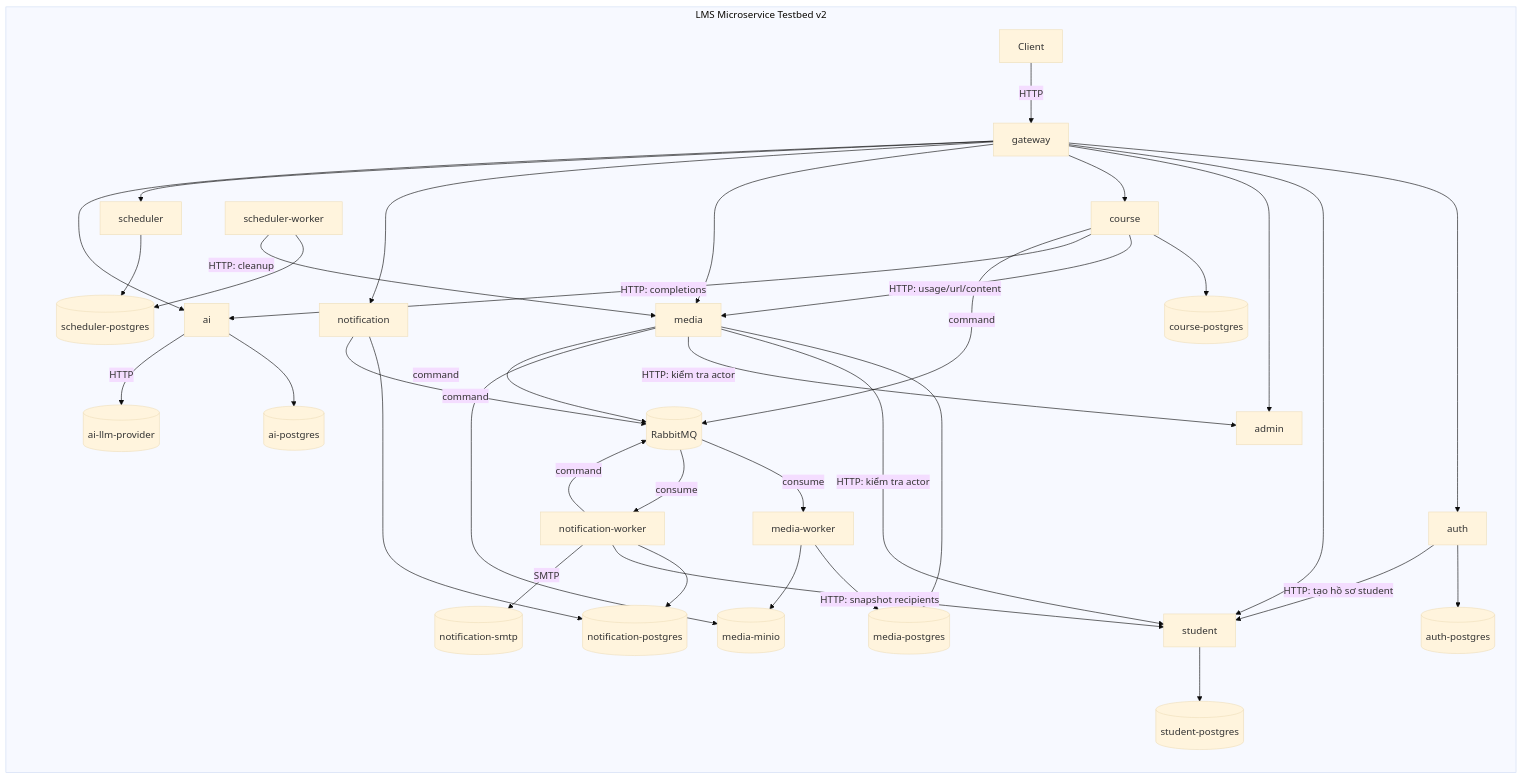
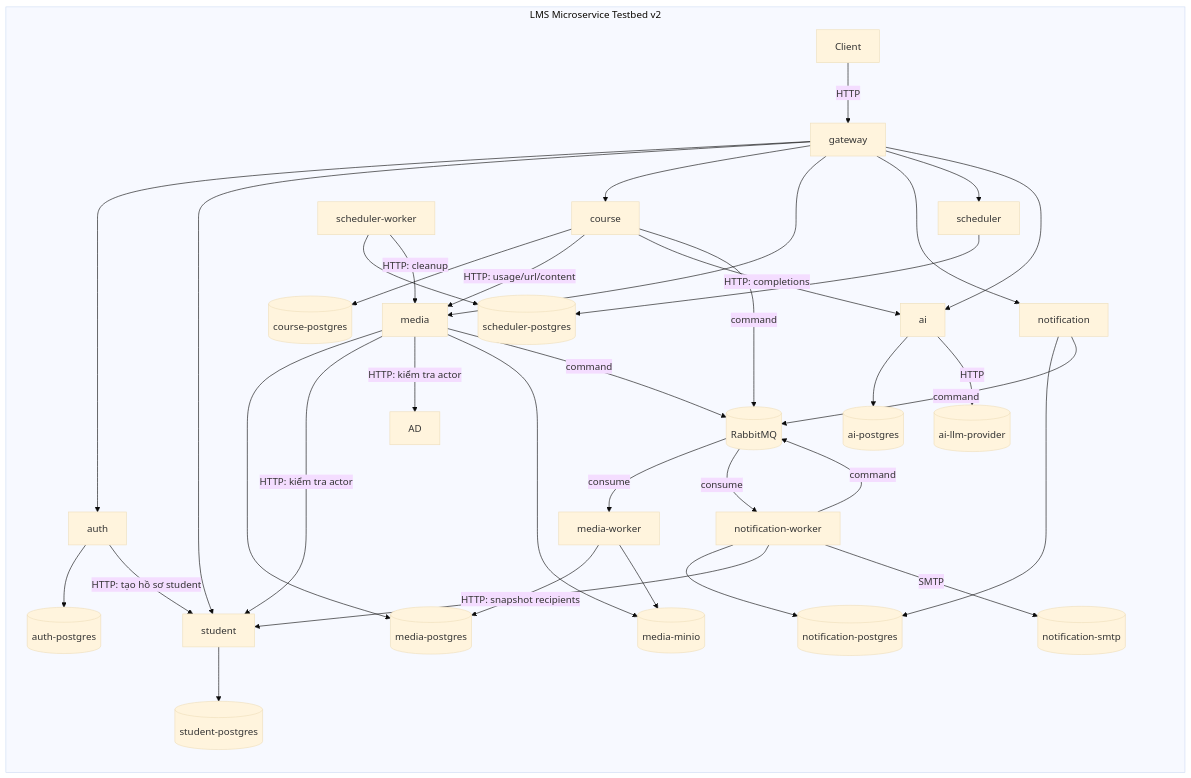
Before and after one commit to Minhduc7904/DO_AN_TOT_NGHIEP: the diagram in docs/processed/architecture/service-catalogue-and-topology-v2.md, drawn with Mermaid (base theme). The commit also changed other lines of this file and 6 other files, not shown here.

First line of the commit message:
docs(architecture): bỏ service admin khỏi topology v2 (ADR-003)

````diff
--- a/docs/processed/architecture/service-catalogue-and-topology-v2.md
+++ b/docs/processed/architecture/service-catalogue-and-topology-v2.md
@@ -93,65 +92,64 @@
 ```mermaid
 flowchart LR
     C[Client]
 
     subgraph SUT["LMS Microservice Testbed v2"]
         G[gateway]
 
         A[auth]
         ST[student]
-        AD[admin]
         CO[course]
         M[media]
         MW[media-worker]
         N[notification]
         NW[notification-worker]
         S[scheduler]
         SW[scheduler-worker]
         AI[ai]
 
         ADB[(auth-postgres)]
         STDB[(student-postgres)]
         CDB[(course-postgres)]
         MDB[(media-postgres)]
         NDB[(notification-postgres)]
         SDB[(scheduler-postgres)]
         AIDB[(ai-postgres)]
 
         MQ[(RabbitMQ)]
         MINIO[(media-minio)]
         SMTP[(notification-smtp)]
         LLM[(ai-llm-provider)]
 
         C -->|HTTP| G
-        G --> A & ST & AD & CO & M & N & S & AI
+        G --> A & ST & CO & M & N & S & AI
 
         A --> ADB
         A -->|HTTP: tạo hồ sơ student| ST
         ST --> STDB
         CO --> CDB
         CO -->|HTTP: usage/url/content| M
         CO -->|HTTP: completions| AI
         CO -->|command| MQ
         M --> MDB
         M -->|HTTP: kiểm tra actor| ST
         M -->|HTTP: kiểm tra actor| AD
         M --> MINIO
         M -->|command| MQ
         N --> NDB
         N -->|command| MQ
         AI --> AIDB
         AI -->|HTTP| LLM
         S --> SDB
 
         MQ -->|consume| MW
         MQ -->|consume| NW
         MW --> MDB
         MW --> MINIO
         NW --> NDB
         NW -->|HTTP: snapshot recipients| ST
         NW -->|SMTP| SMTP
         NW -->|command| MQ
         SW --> SDB
         SW -->|HTTP: cleanup| M
     end
 ```
````
